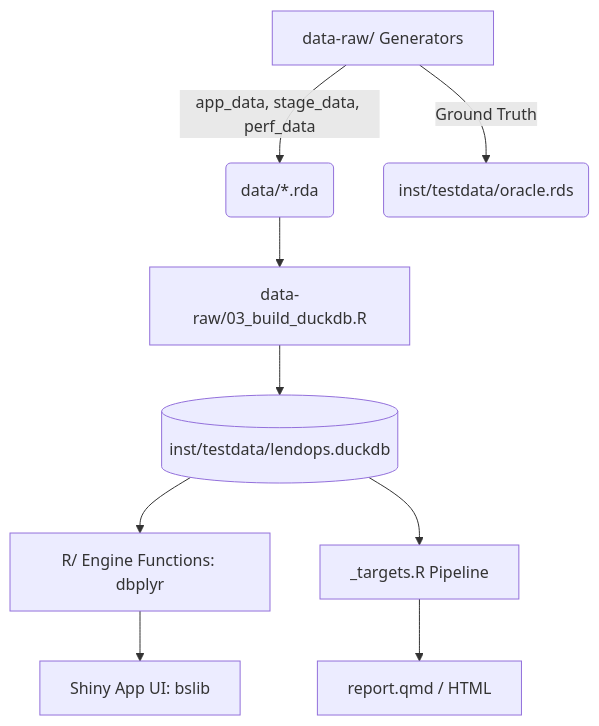
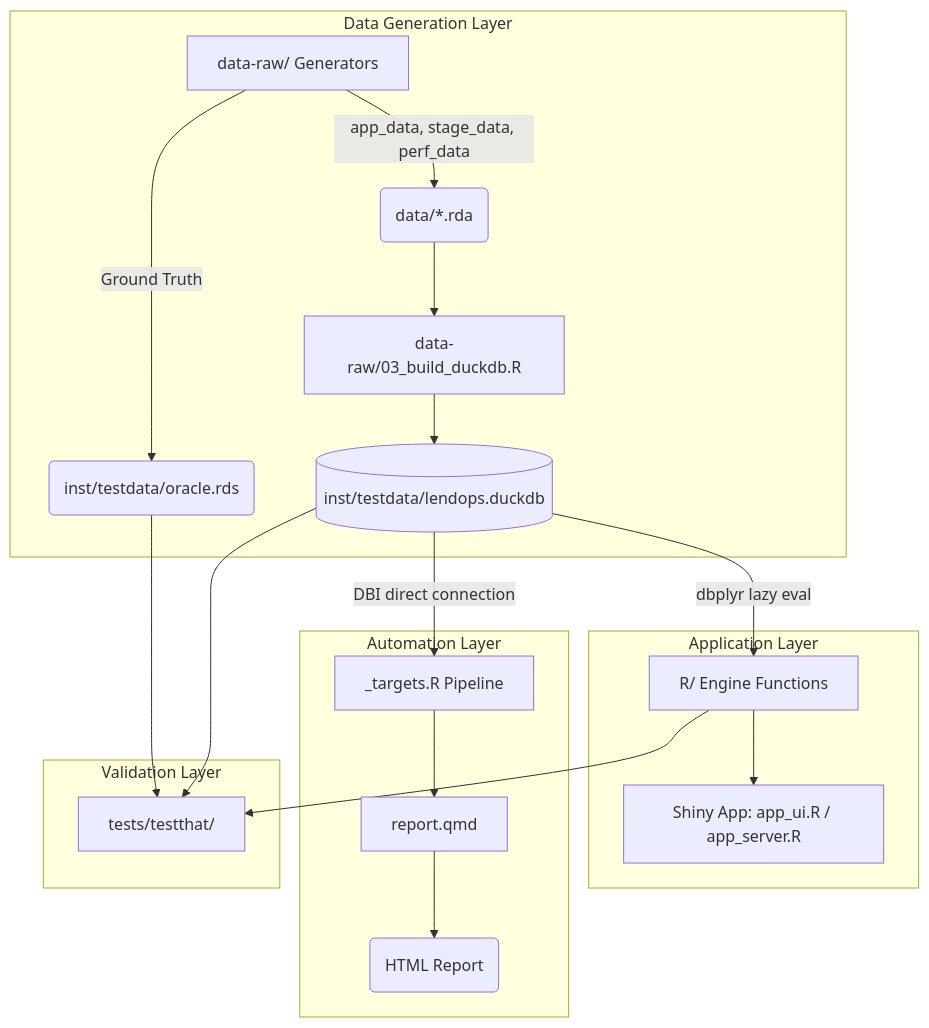
Before and after one commit to arponbiswasanik/lendops: the diagram in README.md, drawn with Mermaid.

Commit message:
Updated the architecture diagram.

````diff
--- a/README.md
+++ b/README.md
@@ -12,11 +12,26 @@
 ```mermaid
 graph TD
-    A[data-raw/ Generators] -->|app_data, stage_data, perf_data| B(data/*.rda)
-    A -->|Ground Truth| C(inst/testdata/oracle.rds)
-    B --> D[data-raw/03_build_duckdb.R]
-    D --> E[(inst/testdata/lendops.duckdb)]
-    E --> F[R/ Engine Functions: dbplyr]
-    F --> G[Shiny App UI: bslib]
-    E --> H[_targets.R Pipeline]
-    H --> I[report.qmd / HTML]
+    subgraph Data Generation Layer
+        A[data-raw/ Generators] -->|app_data, stage_data, perf_data| B(data/*.rda)
+        A -->|Ground Truth| C(inst/testdata/oracle.rds)
+        B --> D[data-raw/03_build_duckdb.R]
+        D --> E[(inst/testdata/lendops.duckdb)]
+    end
+
+    subgraph Application Layer
+        E -->|dbplyr lazy eval| F[R/ Engine Functions]
+        F --> G[Shiny App: app_ui.R / app_server.R]
+    end
+
+    subgraph Automation Layer
+        E -->|DBI direct connection| H[_targets.R Pipeline]
+        H --> I[report.qmd]
+        I --> J(HTML Report)
+    end
+
+    subgraph Validation Layer
+        F --> K[tests/testthat/]
+        C --> K
+        E --> K
+    end
 ```
````
